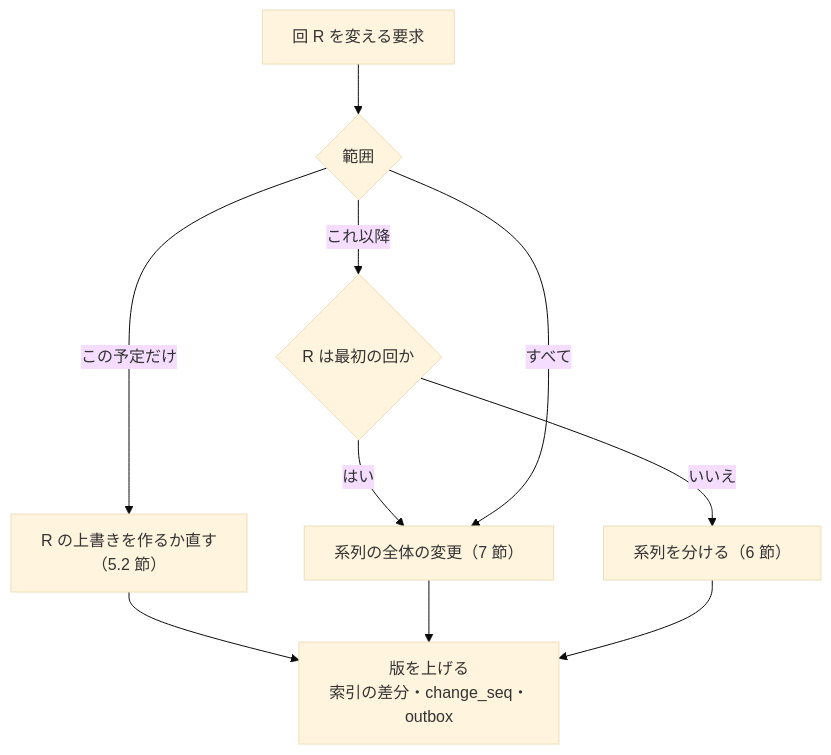
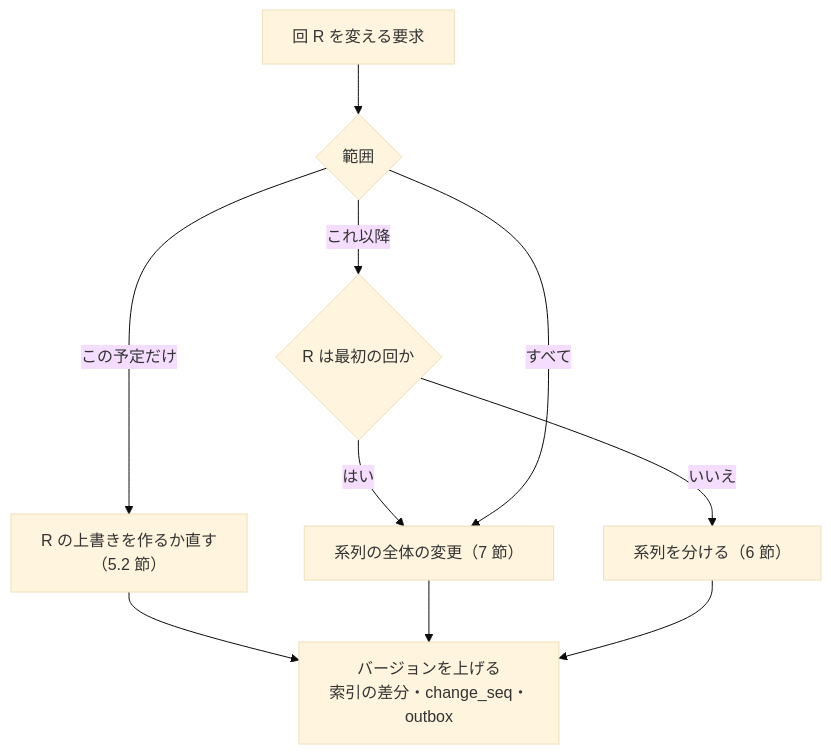
The second of 4 diagrams in systems/google-calendar/docs/architecture/events-and-recurrence.md (shoito/rebuilds), drawn with Mermaid (base theme) before and after one commit. The commit also changed other lines of this file and 793 other files, not shown here.

````diff
--- a/systems/google-calendar/docs/architecture/events-and-recurrence.md
+++ b/systems/google-calendar/docs/architecture/events-and-recurrence.md
@@ -258,12 +258,12 @@
 ```mermaid
 flowchart TD
   A["回 R を変える要求"] --> B{"範囲"}
   B -->|この予定だけ| C["R の上書きを作るか直す<br/>（5.2 節）"]
   B -->|これ以降| D{"R は最初の回か"}
   D -->|はい| E["系列の全体の変更（7 節）"]
   D -->|いいえ| F["系列を分ける（6 節）"]
   B -->|すべて| E
-  C --> G["版を上げる<br/>索引の差分・change_seq・outbox"]
+  C --> G["バージョンを上げる<br/>索引の差分・change_seq・outbox"]
   E --> G
   F --> G
 ```
````
